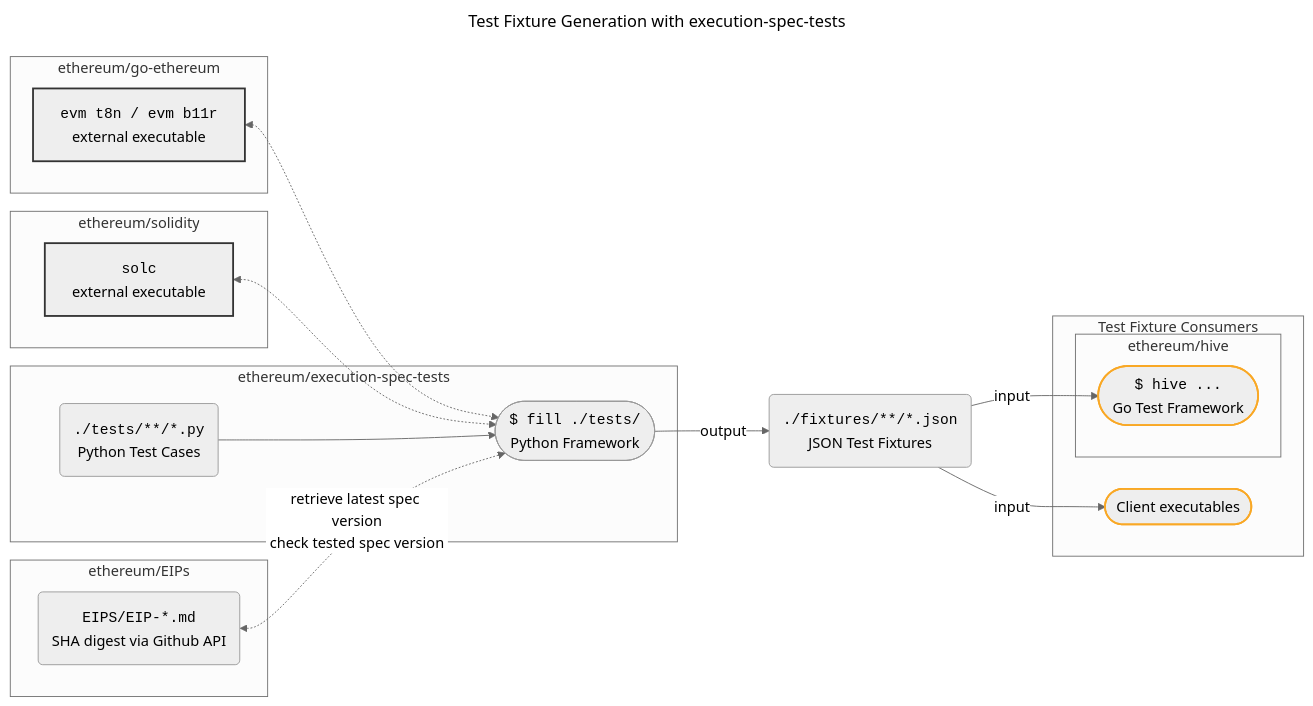
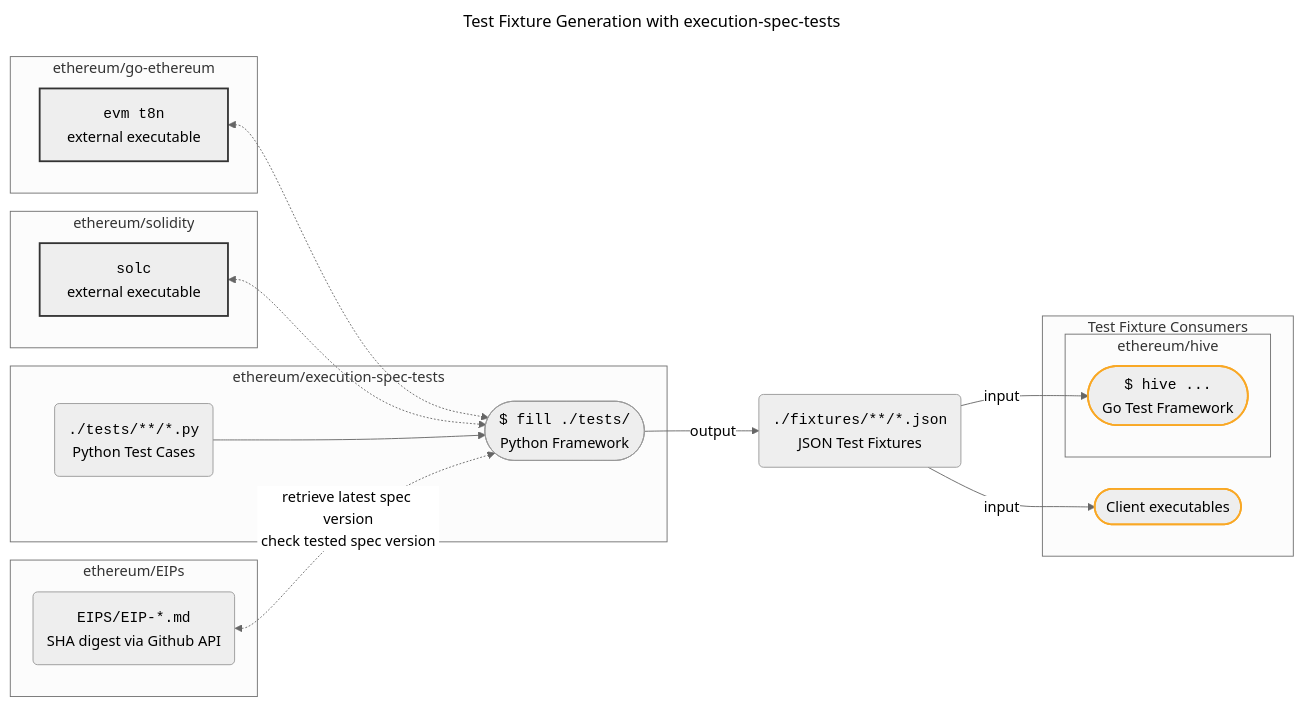
One commit to ethereum/execution-spec-tests changed the diagram in README.md. Above: the diagram before and after it, drawn with Mermaid (neutral theme). The commit also changed other lines of this file and 9 other files, not shown here.

````diff
--- a/README.md
+++ b/README.md
@@ -7,42 +7,42 @@
 ```mermaid
 ---
 title: Test Fixture Generation with execution-spec-tests
 ---
 flowchart LR
   style C stroke:#333,stroke-width:2px
   style D stroke:#333,stroke-width:2px
   style G stroke:#F9A825,stroke-width:2px
   style H stroke:#F9A825,stroke-width:2px
   
   subgraph ethereum/go-ethereum
-    C[<code>evm t8n / evm b11r</code>\nexternal executable]
+    C[<code>evm t8n</code>\nexternal executable]
   end
 
   subgraph ethereum/solidity
     D[<code>solc</code>\nexternal executable]
   end
 
   subgraph ethereum/EIPs
     E(<code>EIPS/EIP-*.md</code>\nSHA digest via Github API)
   end
 
   subgraph "ethereum/execution-spec-tests"
     A(<code>./tests/**/*.py</code>\nPython Test Cases)
     B([<code>$ fill ./tests/</code>\nPython Framework])
   end
 
   subgraph Test Fixture Consumers
     subgraph ethereum/hive
       G([<code>$ hive ...</code>\nGo Test Framework])
     end
     H([Client executables])
   end
 
   C <-.-> B  
   D <-.-> B
   A --> B
   E <-.-> |retrieve latest spec version\ncheck tested spec version| B
   B -->|output| F(<code>./fixtures/**/*.json</code>\nJSON Test Fixtures)
   F -->|input| G
   F -->|input| H
 ```
````
